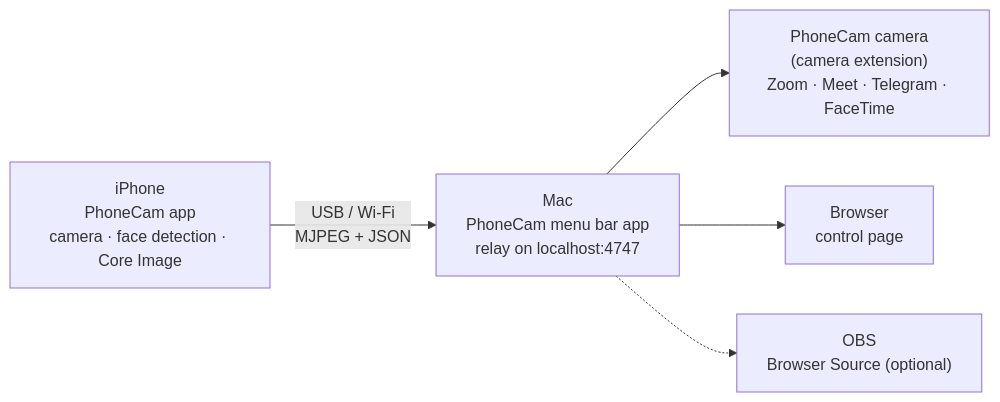
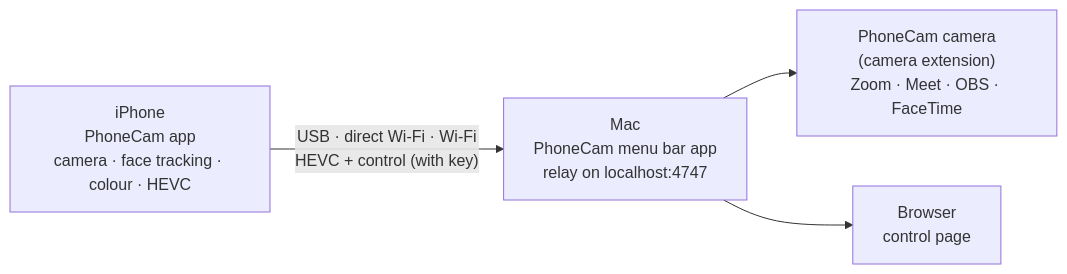
One commit to hypnagonia/phonecam changed the diagram in README.md. Above: the diagram before and after it, drawn with Mermaid. The commit also changed other lines of this file and 16 other files, not shown here.

First line of the commit message:
HEVC camera stream, UDP over USB or direct Wi-Fi only, access key, 10-bit capture

````diff
--- a/README.md
+++ b/README.md
@@ -18,7 +18,6 @@
 ```mermaid
 flowchart LR
-    A["iPhone<br/>PhoneCam app<br/>camera · face detection · Core Image"] -- "USB / Wi‑Fi<br/>MJPEG + JSON" --> B["Mac<br/>PhoneCam menu bar app<br/>relay on localhost:4747"]
-    B --> E["PhoneCam camera<br/>(camera extension)<br/>Zoom · Meet · Telegram · FaceTime"]
+    A["iPhone<br/>PhoneCam app<br/>camera · face tracking · colour · HEVC"] -- "USB · direct Wi‑Fi · Wi‑Fi<br/>HEVC + control (with key)" --> B["Mac<br/>PhoneCam menu bar app<br/>relay on localhost:4747"]
+    B --> E["PhoneCam camera<br/>(camera extension)<br/>Zoom · Meet · OBS · FaceTime"]
     B --> C["Browser<br/>control page"]
-    B -.-> D["OBS<br/>Browser Source (optional)"]
 ```
````
